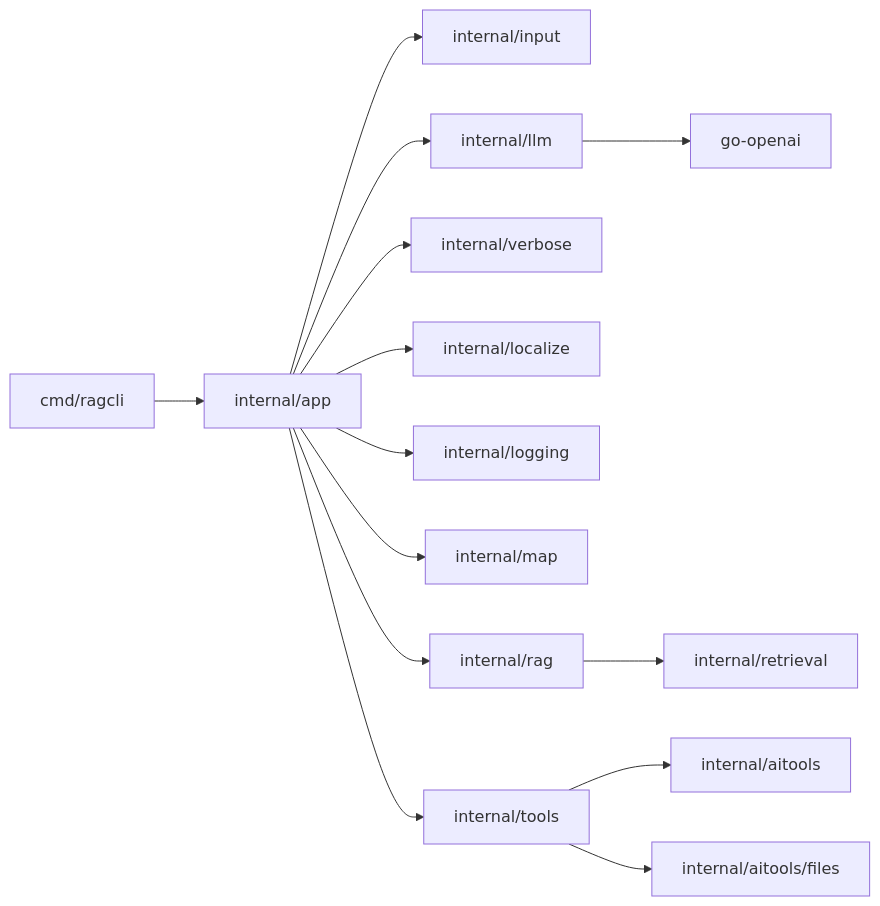
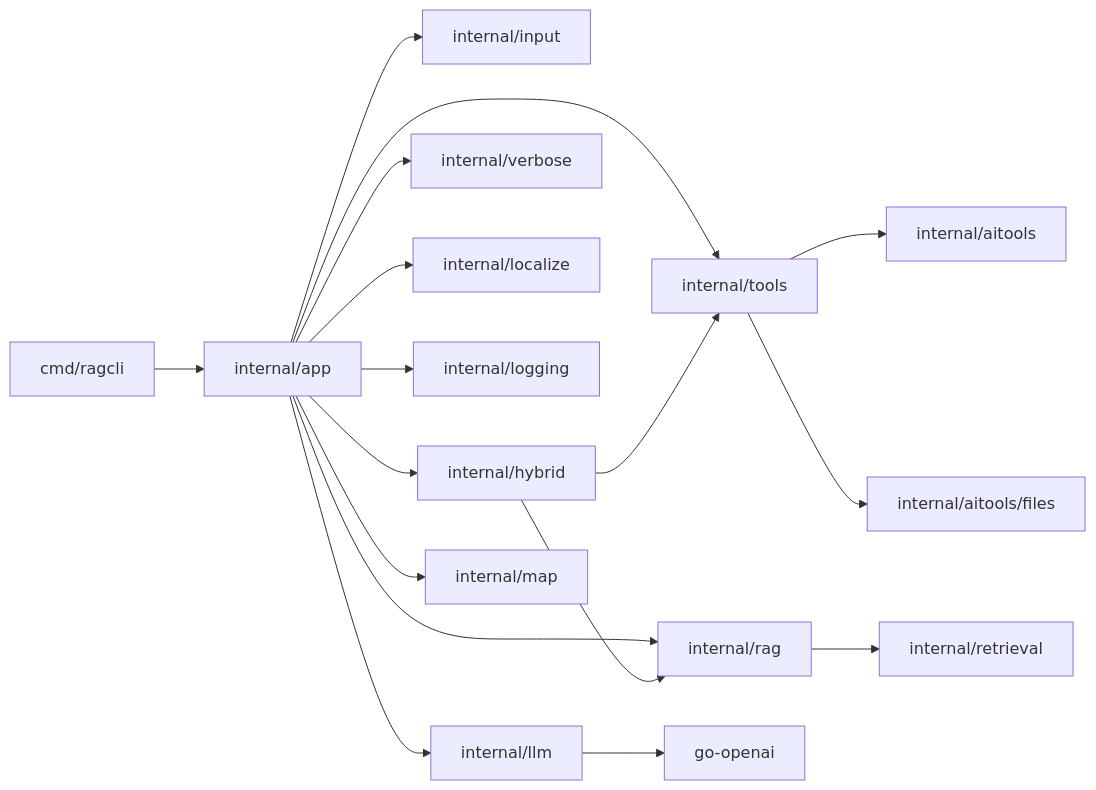
Before and after one commit to borro/ragcli: the first of 4 diagrams in doc/architecture.md, drawn with Mermaid. The commit also changed other lines of this file and 24 other files, not shown here.

````diff
--- a/doc/architecture.md
+++ b/doc/architecture.md
@@ -16,16 +16,19 @@
 ```mermaid
 flowchart LR
     main["cmd/ragcli"] --> app["internal/app"]
     app --> input["internal/input"]
     app --> llm["internal/llm"]
     app --> verbose["internal/verbose"]
     app --> localize["internal/localize"]
     app --> logging["internal/logging"]
+    app --> hybrid["internal/hybrid"]
+    app --> tools["internal/tools"]
+    app --> rag["internal/rag"]
     app --> map["internal/map"]
-    app --> rag["internal/rag"]
-    app --> tools["internal/tools"]
+    hybrid --> tools
+    hybrid --> rag
     rag --> retrieval["internal/retrieval"]
     tools --> aitools["internal/aitools"]
     tools --> aitoolsfiles["internal/aitools/files"]
     llm --> goopenai["go-openai"]
 ```
````
